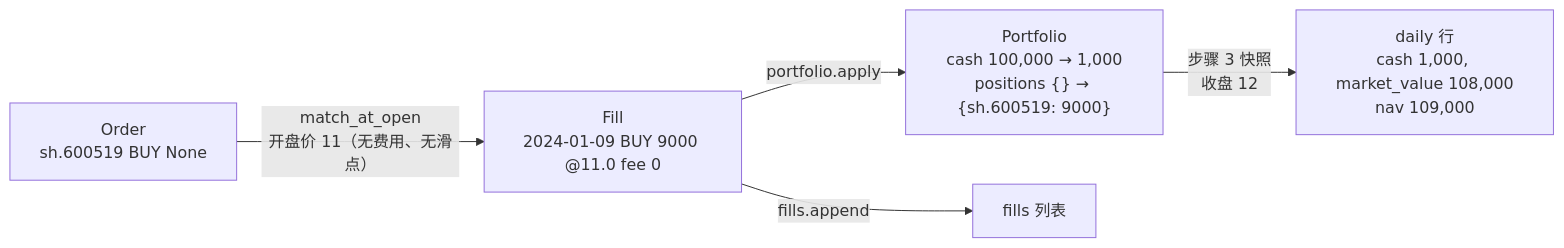
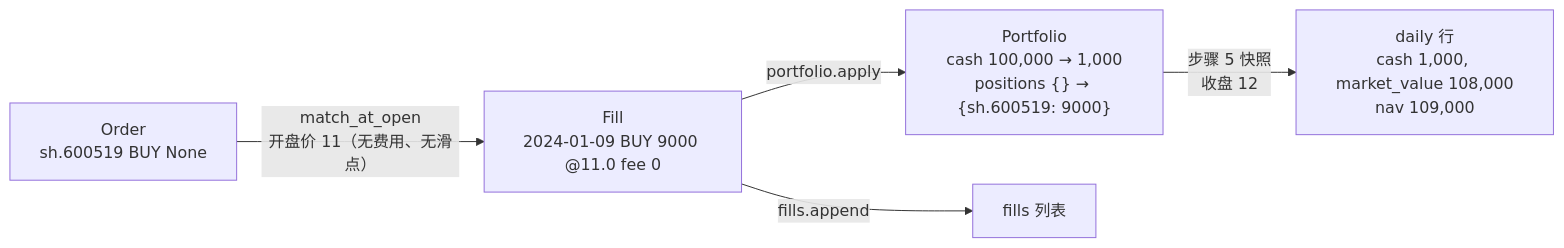
Diagram 16 of 27 in docs/code-walkthrough.md (guevara12345/quant), drawn with Mermaid before and after one commit. The commit also changed other lines of this file and 1 other file, not shown here.

````diff
--- a/docs/code-walkthrough.md
+++ b/docs/code-walkthrough.md
@@ -883,7 +888,7 @@
 ```mermaid
 flowchart LR
     O["Order<br/>sh.600519 BUY None"] -->|"match_at_open<br/>开盘价 11（无费用、无滑点）"| F["Fill<br/>2024-01-09 BUY 9000 @11.0 fee 0"]
     F -->|"portfolio.apply"| P1["Portfolio<br/>cash 100,000 → 1,000<br/>positions {} → {sh.600519: 9000}"]
     F -->|"fills.append"| FS["fills 列表"]
-    P1 -->|"步骤 3 快照<br/>收盘 12"| D["daily 行<br/>cash 1,000, market_value 108,000<br/>nav 109,000"]
+    P1 -->|"步骤 5 快照<br/>收盘 12"| D["daily 行<br/>cash 1,000, market_value 108,000<br/>nav 109,000"]
 ```
````
